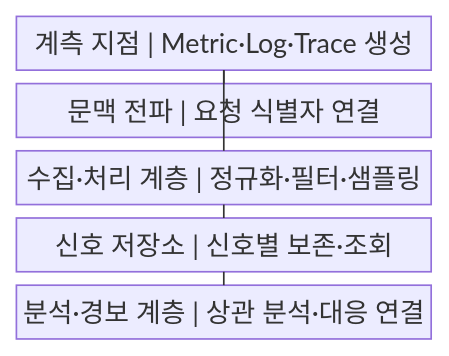
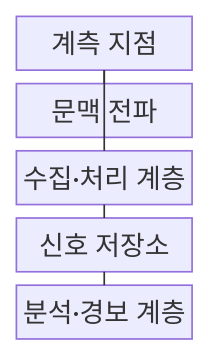
One commit to agnusdei1207/knowledge-base changed the first of 2 diagrams in src/content/docs/notes/03-software/161_cloud_native_observability.md. Above: the diagram before and after it, drawn with Mermaid. The commit also changed other lines of this file and 238 other files, not shown here.

````diff
--- a/src/content/docs/notes/03-software/161_cloud_native_observability.md
+++ b/src/content/docs/notes/03-software/161_cloud_native_observability.md
@@ -57,13 +57,13 @@
 ```mermaid
-block
+block-beta
     columns 1
-    A["계측 지점 | Metric·Log·Trace 생성"]
-    B["문맥 전파 | 요청 식별자 연결"]
-    C["수집·처리 계층 | 정규화·필터·샘플링"]
-    D["신호 저장소 | 신호별 보존·조회"]
-    E["분석·경보 계층 | 상관 분석·대응 연결"]
+    A["계측 지점"]
+    B["문맥 전파"]
+    C["수집·처리 계층"]
+    D["신호 저장소"]
+    E["분석·경보 계층"]
     A --- B
     A --- C
     C --- D
     D --- E
 ```
````
